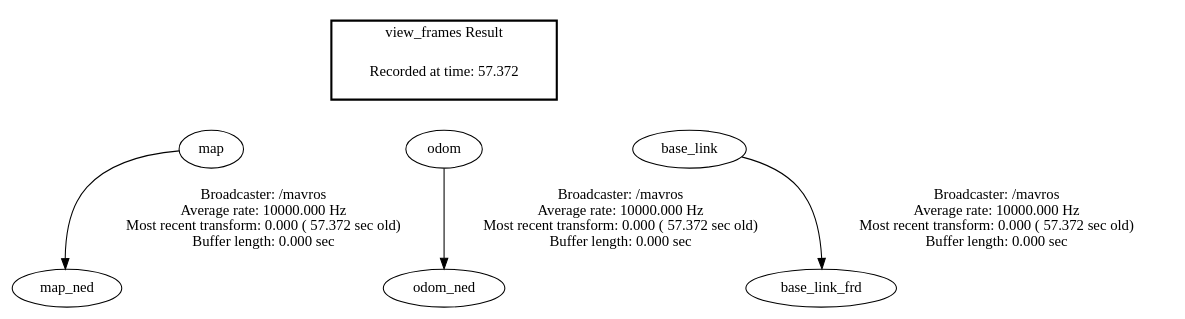
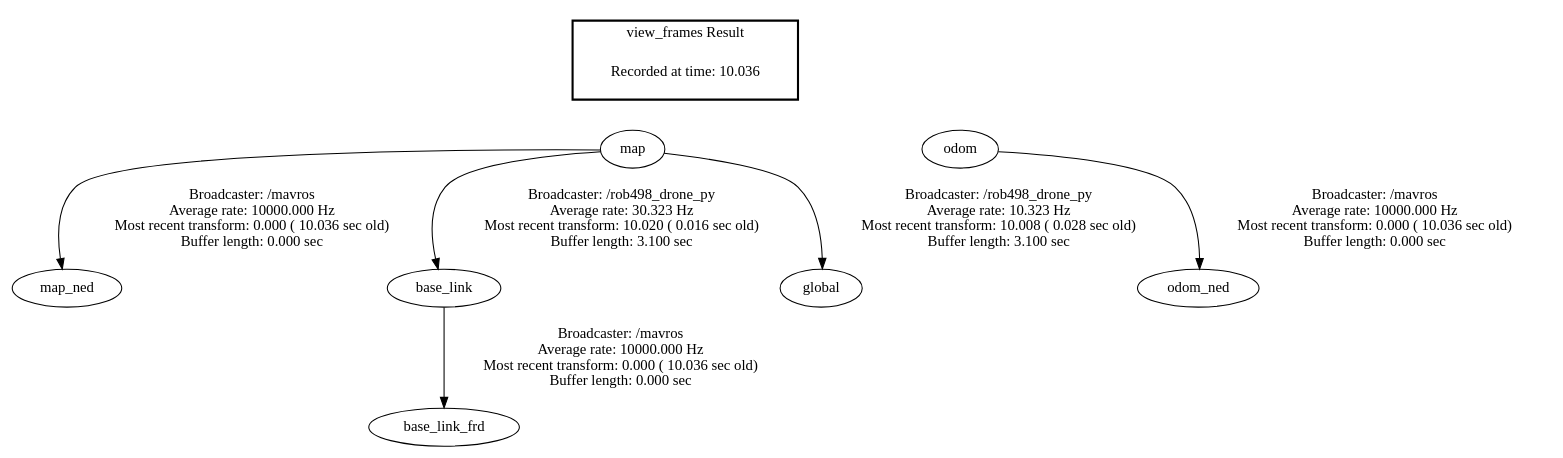
The diagram in frames.gv (BenAgro314/catkin_ws_engsci), drawn with Graphviz before and after one commit. The commit also changed 6 other files, not shown here.

```diff
--- a/frames.gv
+++ b/frames.gv
@@ -1,17 +1,15 @@
 digraph G {
-"map" -> "map_ned"[label="Broadcaster: /mavros\nAverage rate: 10000.000 Hz\nMost recent transform: 0.000 ( 57.372 sec old)\nBuffer length: 0.000 sec\n"];
-"odom" -> "odom_ned"[label="Broadcaster: /mavros\nAverage rate: 10000.000 Hz\nMost recent transform: 0.000 ( 57.372 sec old)\nBuffer length: 0.000 sec\n"];
-"base_link" -> "base_link_frd"[label="Broadcaster: /mavros\nAverage rate: 10000.000 Hz\nMost recent transform: 0.000 ( 57.372 sec old)\nBuffer length: 0.000 sec\n"];
+"map" -> "map_ned"[label="Broadcaster: /mavros\nAverage rate: 10000.000 Hz\nMost recent transform: 0.000 ( 10.036 sec old)\nBuffer length: 0.000 sec\n"];
+"odom" -> "odom_ned"[label="Broadcaster: /mavros\nAverage rate: 10000.000 Hz\nMost recent transform: 0.000 ( 10.036 sec old)\nBuffer length: 0.000 sec\n"];
+"base_link" -> "base_link_frd"[label="Broadcaster: /mavros\nAverage rate: 10000.000 Hz\nMost recent transform: 0.000 ( 10.036 sec old)\nBuffer length: 0.000 sec\n"];
+"map" -> "base_link"[label="Broadcaster: /rob498_drone_py\nAverage rate: 30.323 Hz\nMost recent transform: 10.020 ( 0.016 sec old)\nBuffer length: 3.100 sec\n"];
+"map" -> "global"[label="Broadcaster: /rob498_drone_py\nAverage rate: 10.323 Hz\nMost recent transform: 10.008 ( 0.028 sec old)\nBuffer length: 3.100 sec\n"];
 edge [style=invis];
  subgraph cluster_legend { style=bold; color=black; label ="view_frames Result";
-"Recorded at time: 57.372"[ shape=plaintext ] ;
+"Recorded at time: 10.036"[ shape=plaintext ] ;
  }->"map";
 edge [style=invis];
  subgraph cluster_legend { style=bold; color=black; label ="view_frames Result";
-"Recorded at time: 57.372"[ shape=plaintext ] ;
+"Recorded at time: 10.036"[ shape=plaintext ] ;
  }->"odom";
-edge [style=invis];
- subgraph cluster_legend { style=bold; color=black; label ="view_frames Result";
-"Recorded at time: 57.372"[ shape=plaintext ] ;
- }->"base_link";
 }
```
